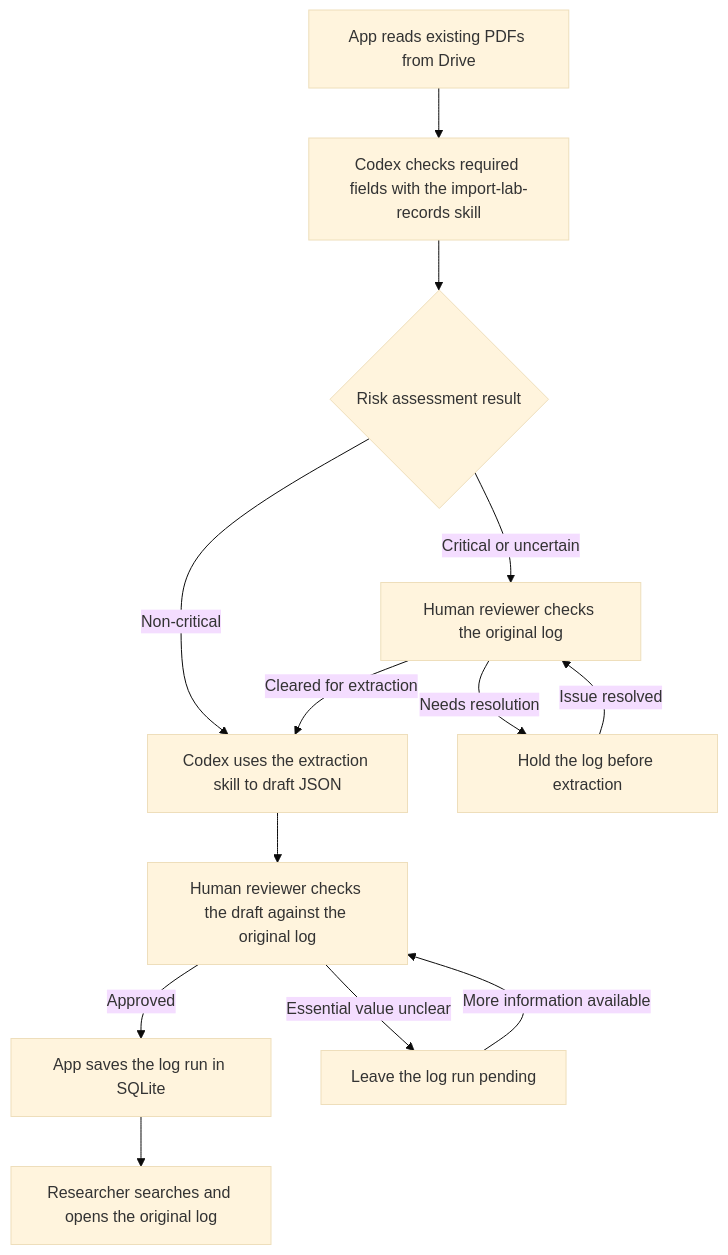
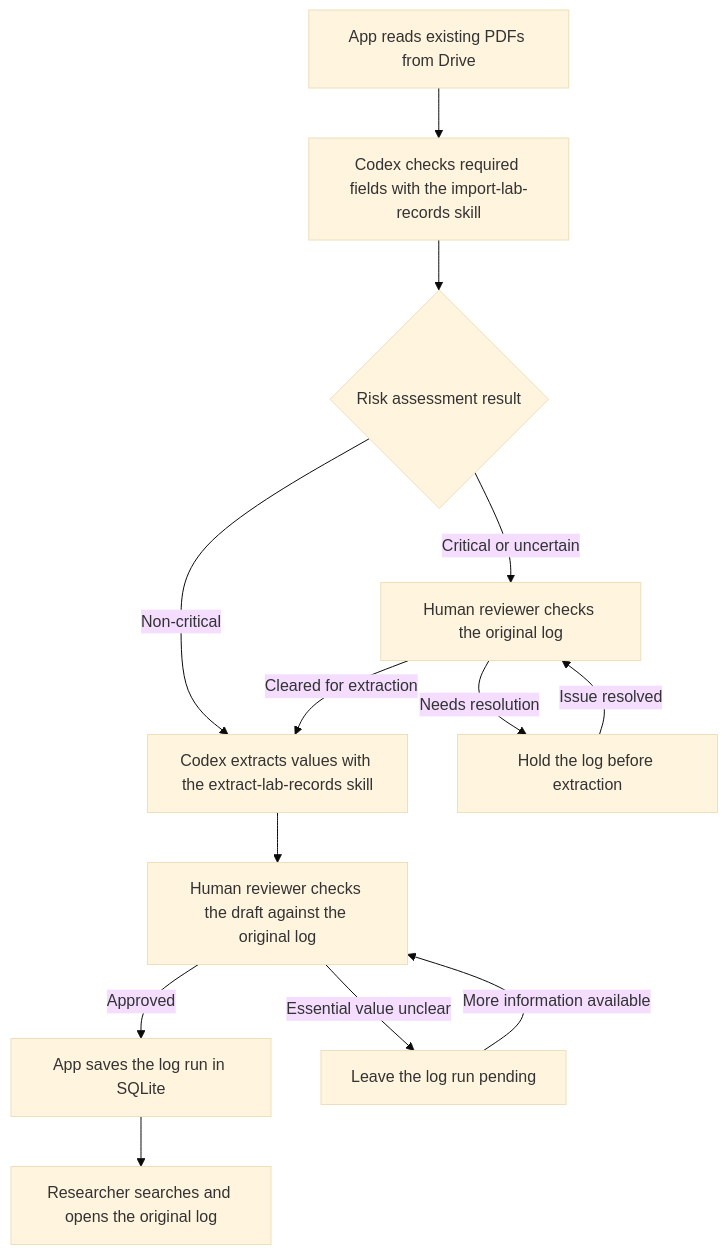
The diagram in docs/design-document.md (irisyjchang/quantum-materials-ai-archive), drawn with Mermaid (base theme) before and after one commit. The commit also changed other lines of this file, not shown here.

Commit message:
docs: name the Codex extraction skill

````diff
--- a/docs/design-document.md
+++ b/docs/design-document.md
@@ -40,15 +40,15 @@
 ```mermaid
 flowchart TD
     A[App reads existing PDFs from Drive] --> T[Codex checks required fields with the import-lab-records skill]
     T --> R{Risk assessment result}
-    R -->|Non-critical| D[Codex uses the extraction skill to draft JSON]
+    R -->|Non-critical| D[Codex extracts values with the extract-lab-records skill]
     R -->|Critical or uncertain| P[Human reviewer checks the original log]
     P -->|Cleared for extraction| D
     P -->|Needs resolution| Q[Hold the log before extraction]
     Q -->|Issue resolved| P
     D --> G[Human reviewer checks the draft against the original log]
     G -->|Approved| K[App saves the log run in SQLite]
     G -->|Essential value unclear| I[Leave the log run pending]
     I -->|More information available| G
     K --> L[Researcher searches and opens the original log]
 ```
````
